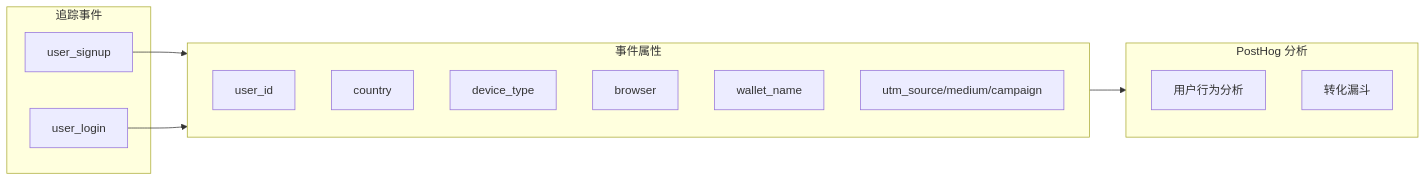
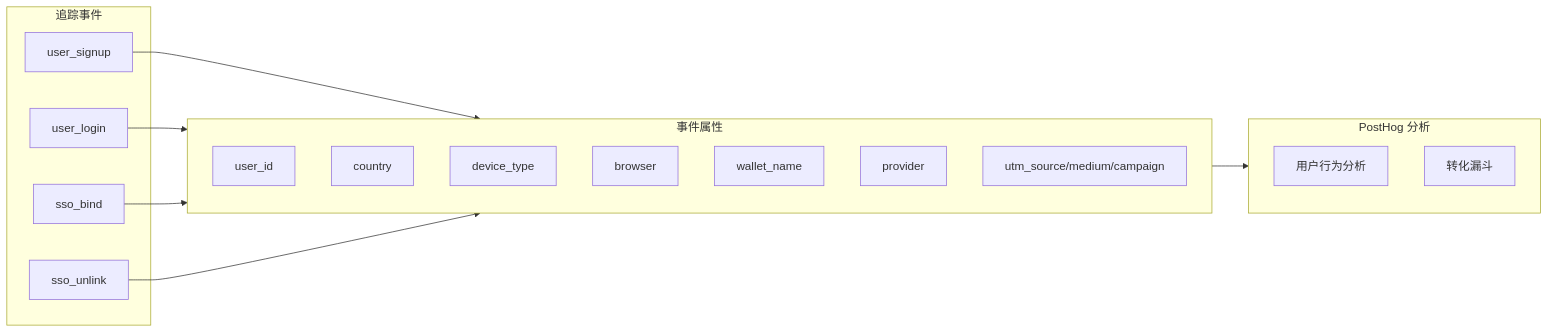
Before and after one commit to RudolphHuang/openclaw_doc: diagram 19 of 20 in docs/google登录技术方案.md, drawn with Mermaid. The commit also changed other lines of this file, not shown here.

````diff
--- a/docs/google登录技术方案.md
+++ b/docs/google登录技术方案.md
@@ -492,25 +788,30 @@
 ```mermaid
 flowchart LR
     subgraph Events["追踪事件"]
         Signup["user_signup"]
         Login["user_login"]
+        Bind["sso_bind"]
+        Unlink["sso_unlink"]
     end
 
     subgraph Metadata["事件属性"]
         UserId["user_id"]
         Country["country"]
         Device["device_type"]
         Browser["browser"]
         Wallet["wallet_name"]
+        Provider["provider"]
         UTM["utm_source/medium/campaign"]
     end
 
     subgraph PostHog["PostHog 分析"]
         Analytics["用户行为分析"]
         Funnel["转化漏斗"]
     end
 
     Signup --> Metadata
     Login --> Metadata
+    Bind --> Metadata
+    Unlink --> Metadata
     Metadata --> PostHog
 ```
````
